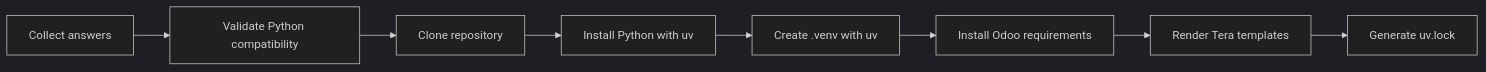
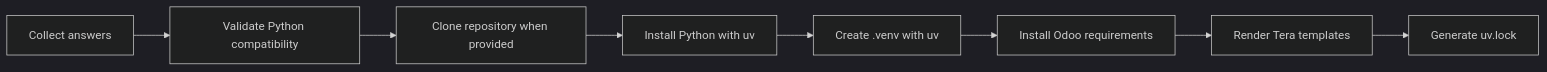
Before and after one commit to HanZawNyein/odoo_developer_kit: the diagram in docs/create.md, drawn with Mermaid (dark theme). The commit also changed other lines of this file and 7 other files, not shown here.

````diff
--- a/docs/create.md
+++ b/docs/create.md
@@ -59,10 +60,10 @@
 ```mermaid
 flowchart LR
     A[Collect answers] --> B[Validate Python compatibility]
-    B --> C[Clone repository]
+    B --> C[Clone repository when provided]
     C --> D[Install Python with uv]
     D --> E[Create .venv with uv]
     E --> F[Install Odoo requirements]
     F --> G[Render Tera templates]
     G --> H[Generate uv.lock]
 ```
````
